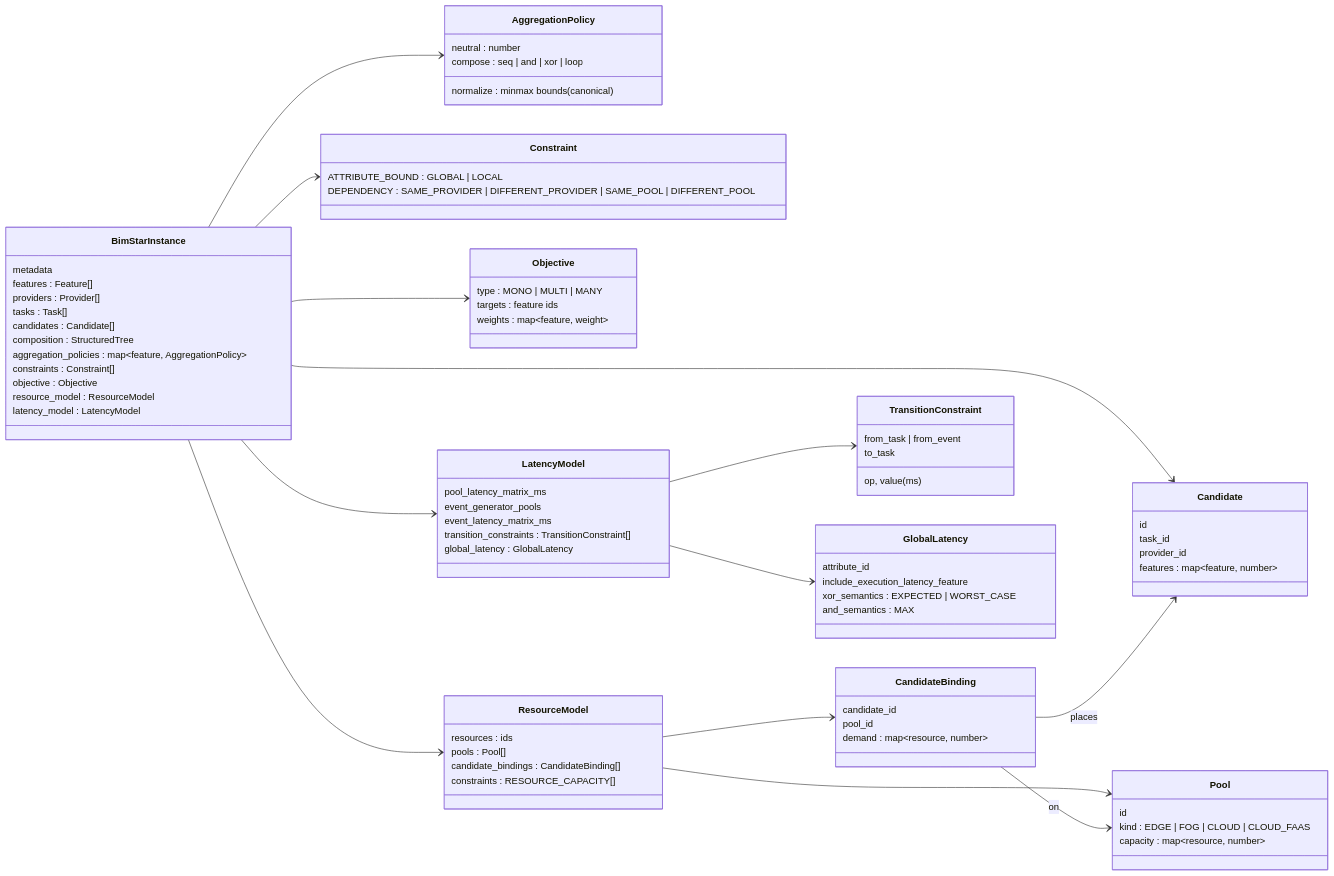
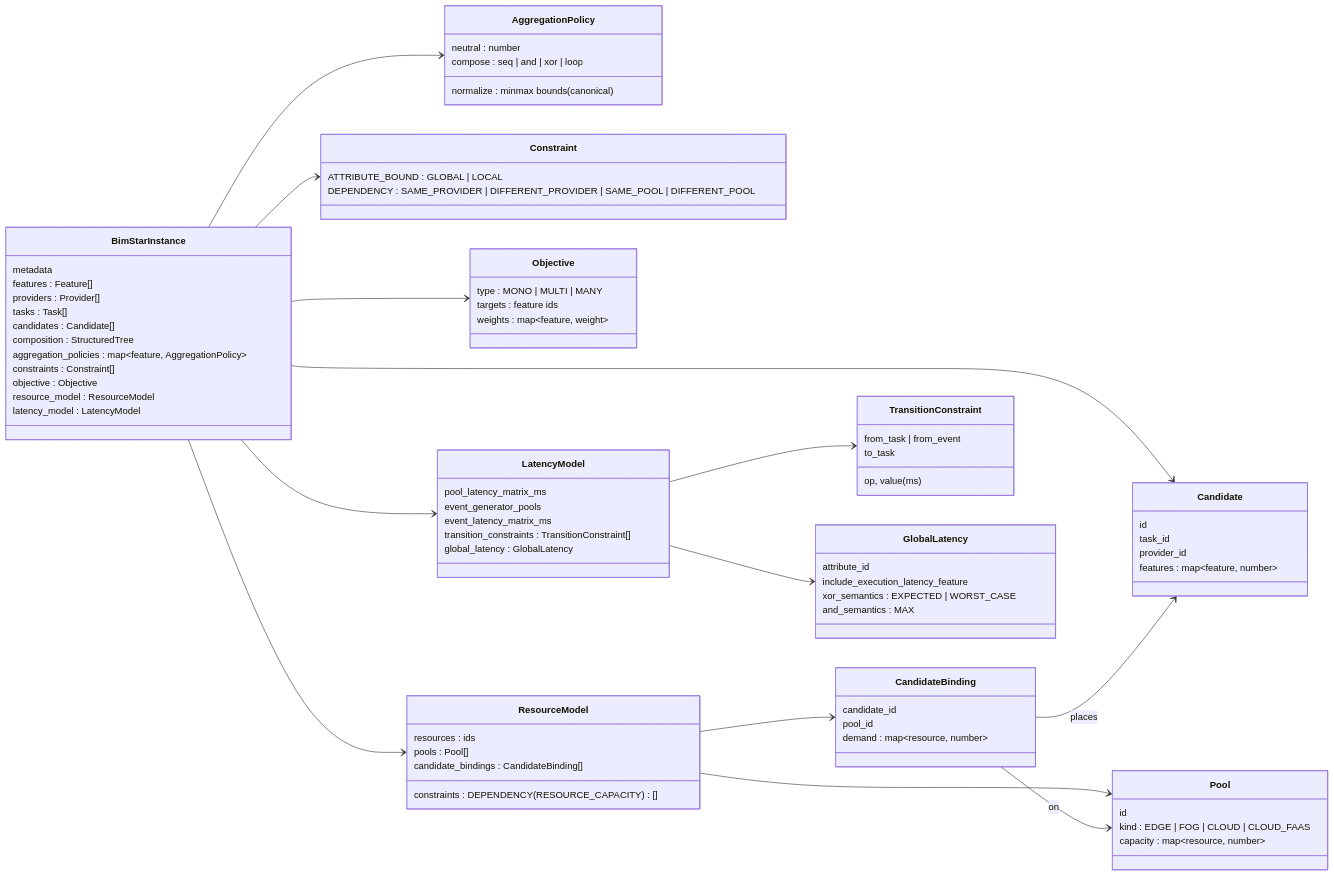
One commit to isa-group/OpenBinding changed the diagram in schemas/general/bimstar.schema.mermaid. Above: the diagram before and after it, drawn with Mermaid. The commit also changed 29 other files, not shown here.

First line of the commit message:
feat: capacity as dependency constraint and gap ECDF subfigure

```diff
--- a/schemas/general/bimstar.schema.mermaid
+++ b/schemas/general/bimstar.schema.mermaid
@@ -1,93 +1,93 @@
 classDiagram
     direction LR
 
     class BimStarInstance {
         metadata
         features : Feature[]
         providers : Provider[]
         tasks : Task[]
         candidates : Candidate[]
         composition : StructuredTree
         aggregation_policies : map~feature, AggregationPolicy~
         constraints : Constraint[]
         objective : Objective
         resource_model : ResourceModel
         latency_model : LatencyModel
     }
 
     class Candidate {
         id
         task_id
         provider_id
         features : map~feature, number~
     }
 
     class AggregationPolicy {
         neutral : number
         compose : seq | and | xor | loop
         normalize : minmax bounds (canonical)
     }
 
     class Constraint {
         ATTRIBUTE_BOUND : GLOBAL | LOCAL
         DEPENDENCY : SAME_PROVIDER | DIFFERENT_PROVIDER | SAME_POOL | DIFFERENT_POOL
     }
 
     class Objective {
         type : MONO | MULTI | MANY
         targets : feature ids
         weights : map~feature, weight~
     }
 
     class ResourceModel {
         resources : ids
         pools : Pool[]
         candidate_bindings : CandidateBinding[]
-        constraints : RESOURCE_CAPACITY[]
+        constraints : DEPENDENCY(RESOURCE_CAPACITY)[]
     }
 
     class Pool {
         id
         kind : EDGE | FOG | CLOUD | CLOUD_FAAS
         capacity : map~resource, number~
     }
 
     class CandidateBinding {
         candidate_id
         pool_id
         demand : map~resource, number~
     }
 
     class LatencyModel {
         pool_latency_matrix_ms
         event_generator_pools
         event_latency_matrix_ms
         transition_constraints : TransitionConstraint[]
         global_latency : GlobalLatency
     }
 
     class TransitionConstraint {
         from_task | from_event
         to_task
         op, value (ms)
     }
 
     class GlobalLatency {
         attribute_id
         include_execution_latency_feature
         xor_semantics : EXPECTED | WORST_CASE
         and_semantics : MAX
     }
 
     BimStarInstance --> Candidate
     BimStarInstance --> AggregationPolicy
     BimStarInstance --> Constraint
     BimStarInstance --> Objective
     BimStarInstance --> ResourceModel
     BimStarInstance --> LatencyModel
     ResourceModel --> Pool
     ResourceModel --> CandidateBinding
     CandidateBinding --> Candidate : places
     CandidateBinding --> Pool : on
     LatencyModel --> TransitionConstraint
     LatencyModel --> GlobalLatency
```
